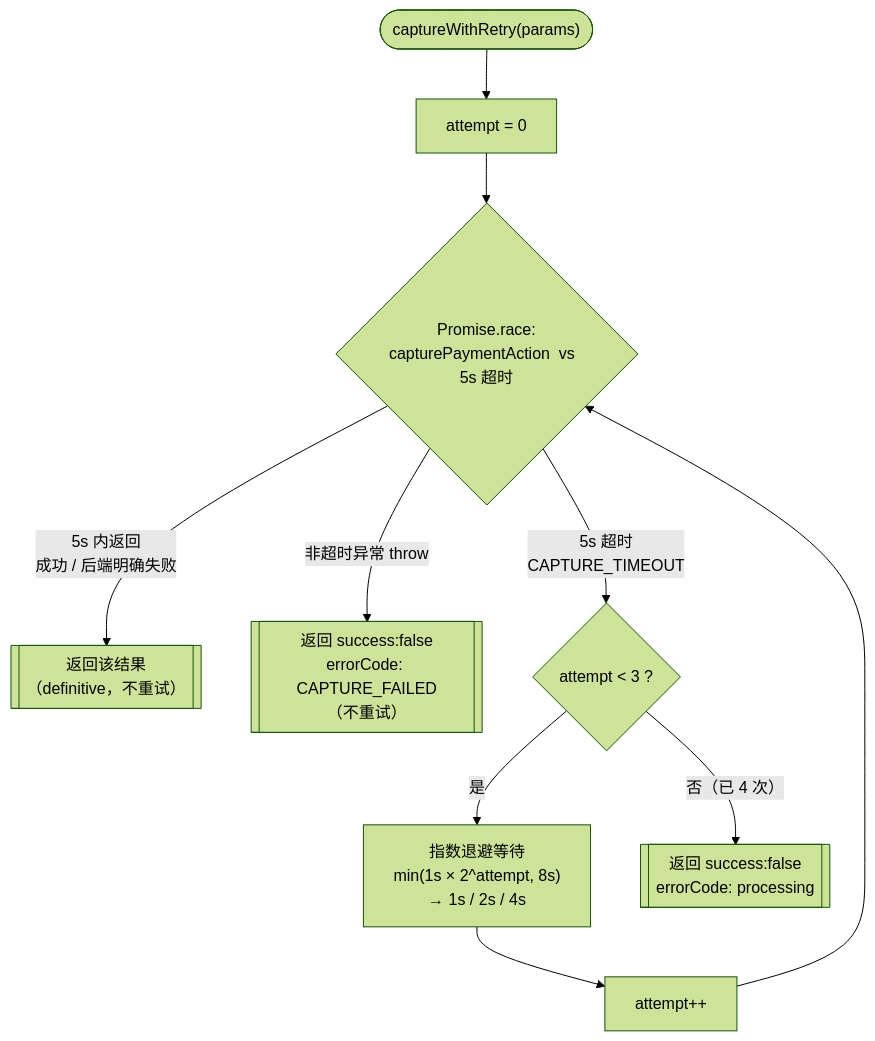
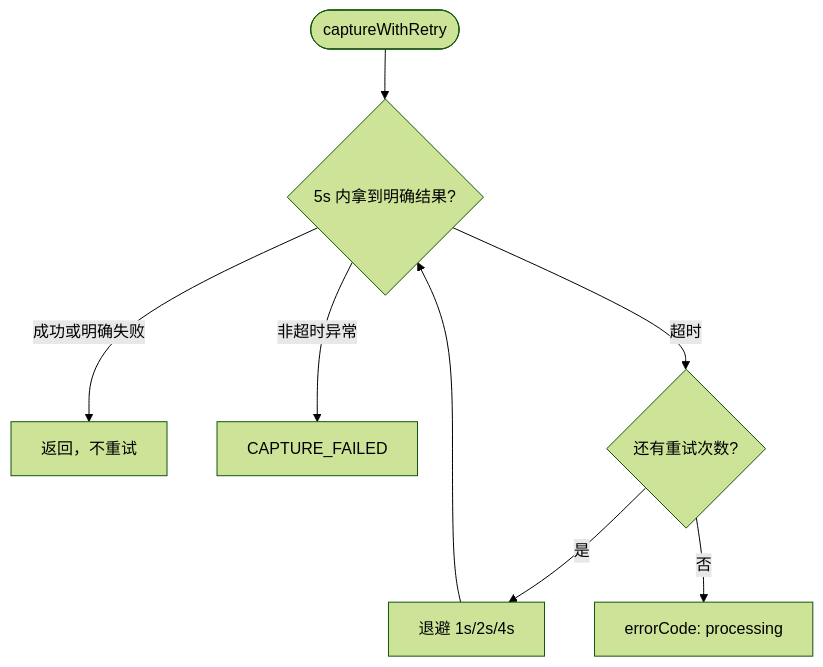
Before and after one commit to Lee-NG915/cBlog: the fourth of 4 diagrams in docs/rightCapital/32.payment-tech-solution.md, drawn with Mermaid (forest theme). The commit also changed other lines of this file and 2 other files, not shown here.

Commit message:
docs: refine payment module documentation by restructuring content for clarity, enhancing role definitions, and improving explanations of architectural principles, making it easier for developers to understand the payment processing flow and design patterns

````diff
--- a/docs/rightCapital/32.payment-tech-solution.md
+++ b/docs/rightCapital/32.payment-tech-solution.md
@@ -420,14 +256,9 @@
 ```mermaid
 flowchart TD
-    Start(["captureWithRetry(params)"]) --> Init["attempt = 0"]
-    Init --> Race{"Promise.race:<br/>capturePaymentAction  vs  5s 超时"}
-
-    Race -->|"5s 内返回<br/>成功 / 后端明确失败"| Def[["返回该结果<br/>（definitive，不重试）"]]
-    Race -->|"非超时异常 throw"| Fail[["返回 success:false<br/>errorCode: CAPTURE_FAILED<br/>（不重试）"]]
-    Race -->|"5s 超时<br/>CAPTURE_TIMEOUT"| Check{"attempt &lt; 3 ?"}
-
-    Check -->|"是"| Backoff["指数退避等待<br/>min(1s × 2^attempt, 8s)<br/>→ 1s / 2s / 4s"]
-    Backoff --> Inc["attempt++"]
-    Inc --> Race
-    Check -->|"否（已 4 次）"| Proc[["返回 success:false<br/>errorCode: processing"]]
+    Start(["captureWithRetry"]) --> Race{"5s 内拿到明确结果?"}
+    Race -->|成功或明确失败| Done[返回，不重试]
+    Race -->|非超时异常| Fail[CAPTURE_FAILED]
+    Race -->|超时| Check{还有重试次数?}
+    Check -->|是| Backoff[退避 1s/2s/4s] --> Race
+    Check -->|否| Proc[errorCode: processing]
 ```
````
